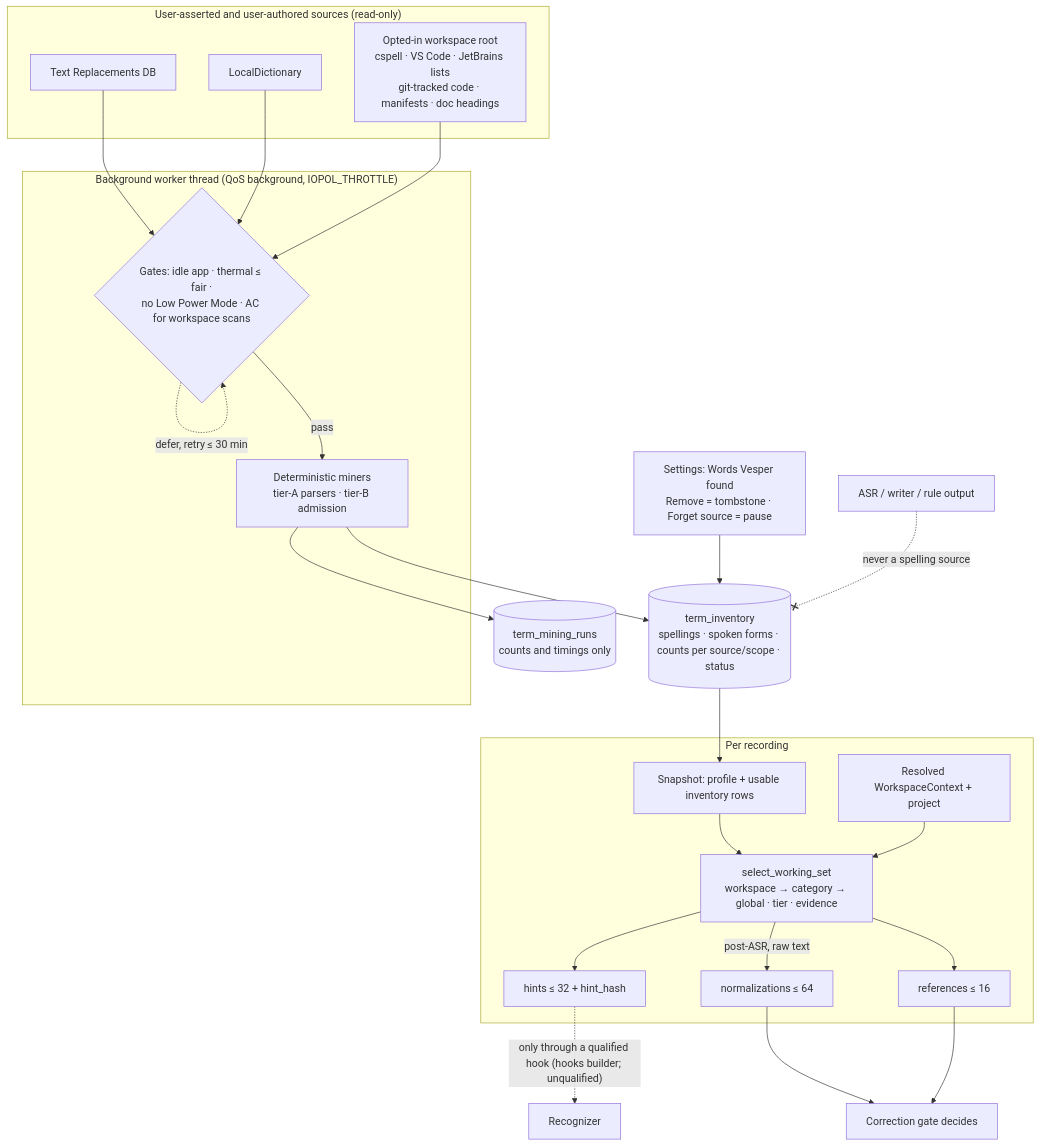
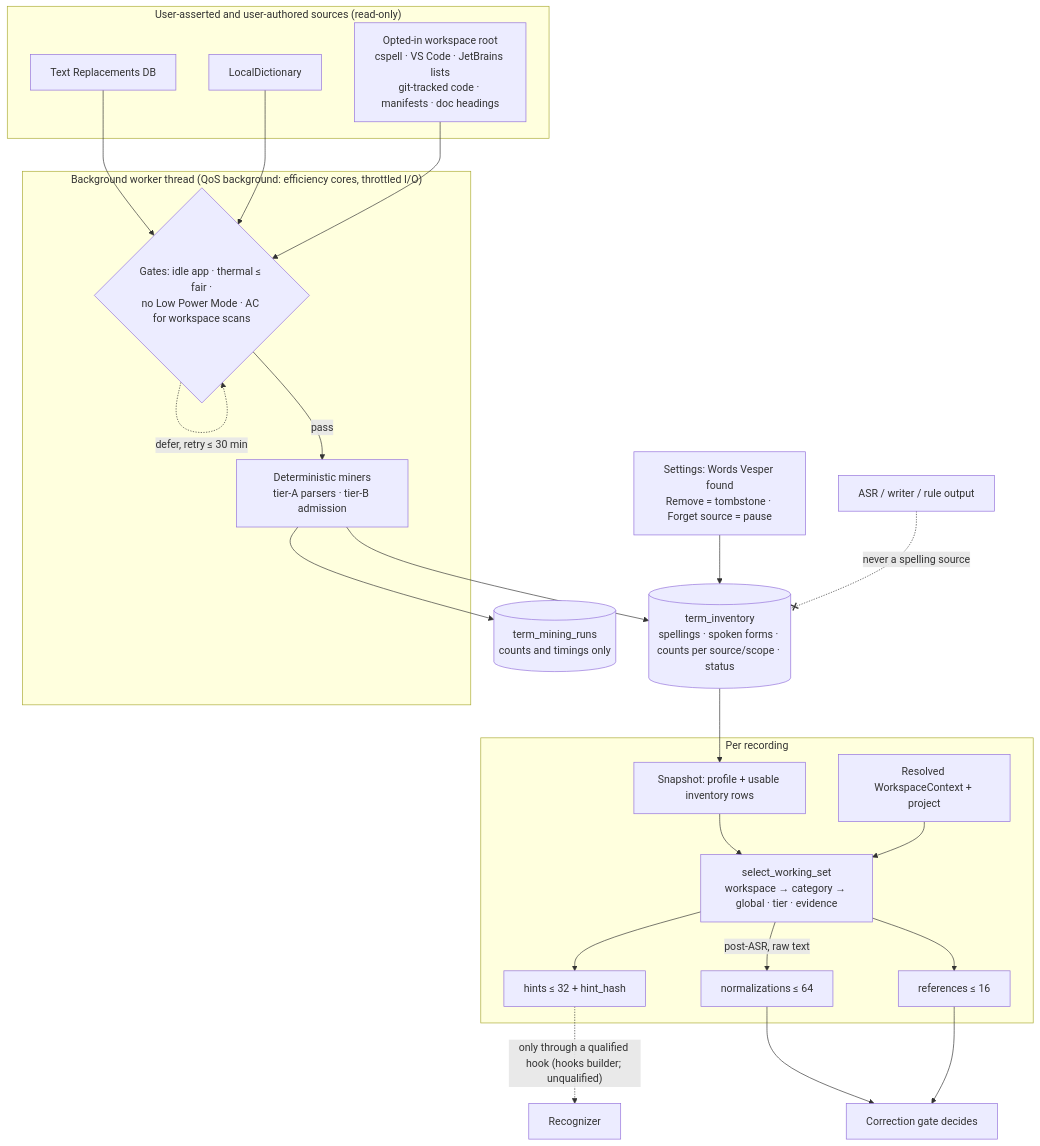
Before and after one commit to rahulsharmavishwakarma/vesper: the diagram in docs/personalization/term-inventory.md, drawn with Mermaid. The commit also changed other lines of this file and 2 other files, not shown here.

First line of the commit message:
fix: background worker really runs at background QoS

````diff
--- a/docs/personalization/term-inventory.md
+++ b/docs/personalization/term-inventory.md
@@ -7,32 +7,32 @@
 ```mermaid
 flowchart TB
   subgraph Sources["User-asserted and user-authored sources (read-only)"]
     TR["Text Replacements DB"]
     LD["LocalDictionary"]
     WS["Opted-in workspace root<br/>cspell · VS Code · JetBrains lists<br/>git-tracked code · manifests · doc headings"]
   end
-  subgraph Worker["Background worker thread (QoS background, IOPOL_THROTTLE)"]
+  subgraph Worker["Background worker thread (QoS background: efficiency cores, throttled I/O)"]
     G{"Gates: idle app · thermal ≤ fair ·<br/>no Low Power Mode · AC for workspace scans"}
     M["Deterministic miners<br/>tier-A parsers · tier-B admission"]
   end
   TR --> G
   LD --> G
   WS --> G
   G -->|pass| M
   G -.->|defer, retry ≤ 30 min| G
   M --> INV[("term_inventory<br/>spellings · spoken forms · counts per source/scope · status")]
   M --> LOG[("term_mining_runs<br/>counts and timings only")]
   UI["Settings: Words Vesper found<br/>Remove = tombstone · Forget source = pause"] --> INV
   subgraph Dictation["Per recording"]
     SNAP["Snapshot: profile + usable inventory rows"] --> SEL["select_working_set<br/>workspace → category → global · tier · evidence"]
     WSC["Resolved WorkspaceContext + project"] --> SEL
     SEL --> HINTS["hints ≤ 32 + hint_hash"]
     SEL --> REFS["references ≤ 16"]
     SEL -->|post-ASR, raw text| NORM["normalizations ≤ 64"]
   end
   INV --> SNAP
   HINTS -.->|"only through a qualified hook (hooks builder; unqualified)"| ASR["Recognizer"]
   NORM --> GATE["Correction gate decides"]
   REFS --> GATE
   ASRTEXT["ASR / writer / rule output"] -.-x|never a spelling source| INV
 ```
````
